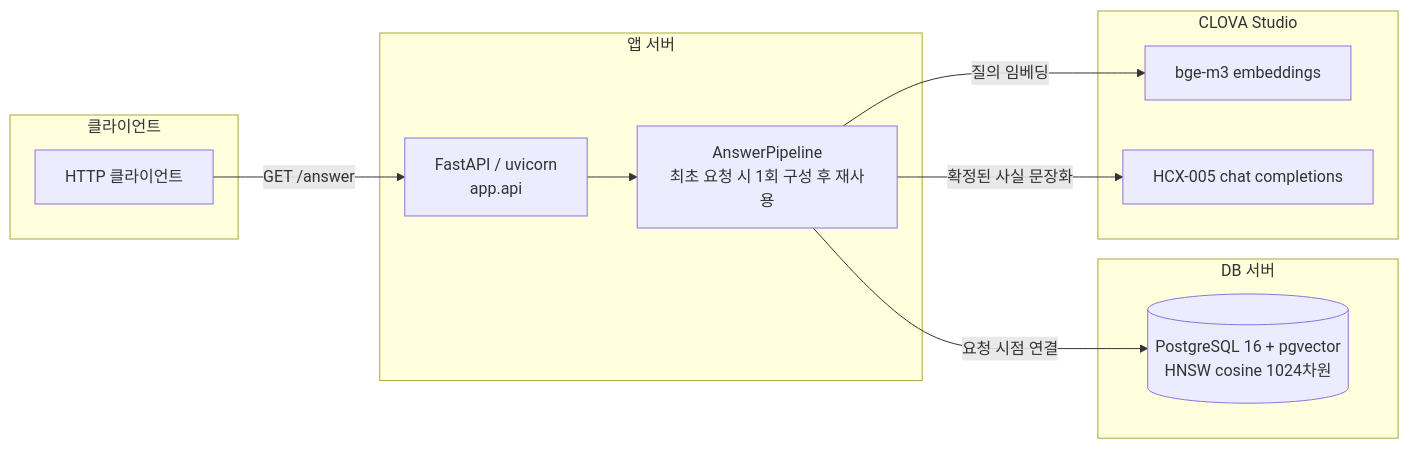
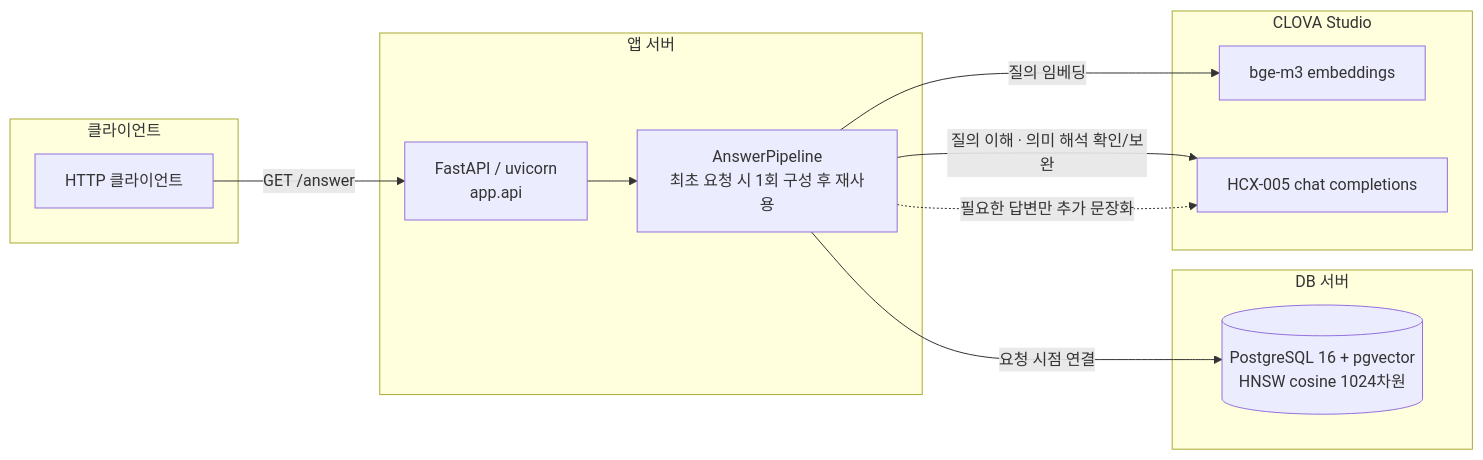
The first of 7 diagrams in 기술제안서.md (TaeYoon0922/Festival), drawn with Mermaid before and after one commit. The commit also changed other lines of this file and 1 other file, not shown here.

````diff
--- a/기술제안서.md
+++ b/기술제안서.md
@@ -146,26 +142,27 @@
 ```mermaid
 flowchart LR
     subgraph client["클라이언트"]
         C["HTTP 클라이언트"]
     end
 
     subgraph app["앱 서버"]
         API["FastAPI / uvicorn<br/>app.api"]
         PIPE["AnswerPipeline<br/>최초 요청 시 1회 구성 후 재사용"]
     end
 
     subgraph db["DB 서버"]
         PG[("PostgreSQL 16 + pgvector<br/>HNSW cosine 1024차원")]
     end
 
     subgraph ext["CLOVA Studio"]
         EMB["bge-m3 embeddings"]
         HCX["HCX-005 chat completions"]
     end
 
     C -->|"GET /answer"| API
     API --> PIPE
     PIPE -->|"요청 시점 연결"| PG
     PIPE -->|"질의 임베딩"| EMB
-    PIPE -->|"확정된 사실 문장화"| HCX
+    PIPE -->|"질의 이해 · 의미 해석 확인/보완"| HCX
+    PIPE -.->|"필요한 답변만 추가 문장화"| HCX
 ```
````
